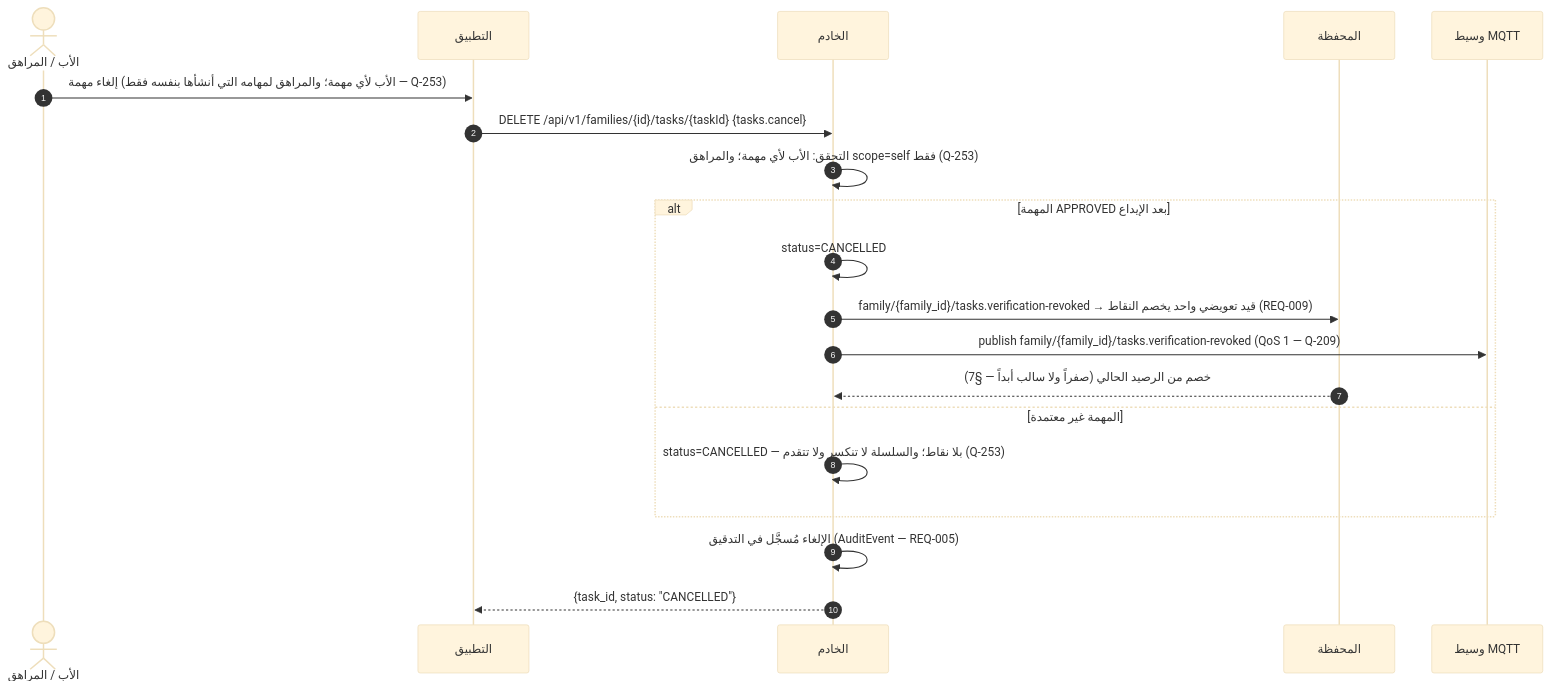
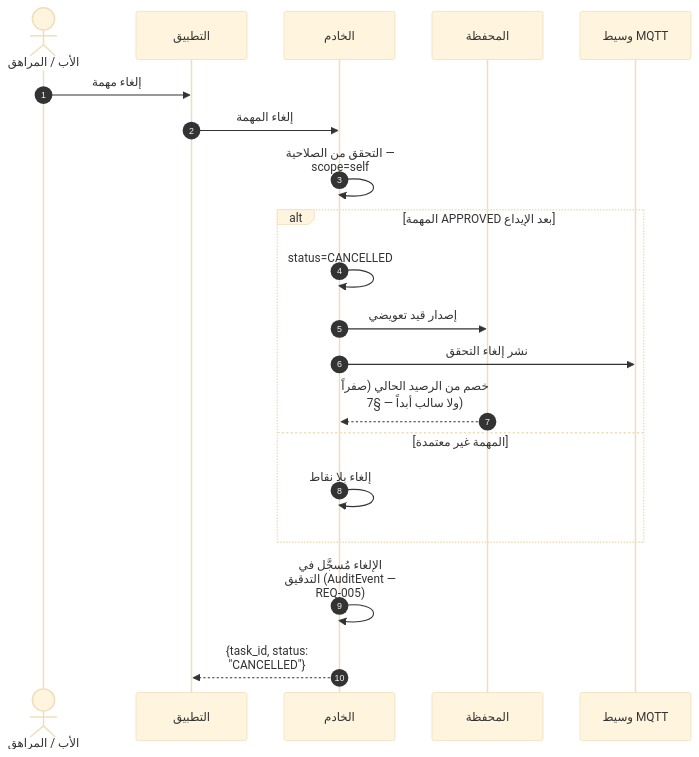
Before and after one commit to Bassam-mohammed-alqaeadi/family-os-v2: diagram 16 of 30 in docs/family-os/governance/phases/phase-1/S1-06-tasks-and-calendar/DIAGRAMS.md, drawn with Mermaid (base theme). The commit also changed other lines of this file, not shown here.

````diff
--- a/docs/family-os/governance/phases/phase-1/S1-06-tasks-and-calendar/DIAGRAMS.md
+++ b/docs/family-os/governance/phases/phase-1/S1-06-tasks-and-calendar/DIAGRAMS.md
@@ -496,22 +593,23 @@
 ```mermaid
+%%{init: {"sequence": {"wrap": true}}}%%
 sequenceDiagram
     autonumber
     actor Canceller as الأب / المراهق
     participant App as التطبيق
     participant Ktor as الخادم
     participant S105 as المحفظة
     participant MQTT as وسيط MQTT
-    Canceller->>App: إلغاء مهمة (الأب لأي مهمة؛ والمراهق لمهامه التي أنشأها بنفسه فقط — Q-253)
-    App->>Ktor: DELETE /api/v1/families/{id}/tasks/{taskId} {tasks.cancel}
-    Ktor->>Ktor: التحقق: الأب لأي مهمة؛ والمراهق scope=self فقط (Q-253)
+    Canceller->>App: إلغاء مهمة
+    App->>Ktor: إلغاء المهمة
+    Ktor->>Ktor: التحقق من الصلاحية — scope=self
     alt المهمة APPROVED بعد الإيداع
         Ktor->>Ktor: status=CANCELLED
-        Ktor->>S105: family/{family_id}/tasks.verification-revoked → قيد تعويضي واحد يخصم النقاط (REQ-009)
-        Ktor->>MQTT: publish family/{family_id}/tasks.verification-revoked (QoS 1 — Q-209)
+        Ktor->>S105: إصدار قيد تعويضي
+        Ktor->>MQTT: نشر إلغاء التحقق
         S105-->>Ktor: خصم من الرصيد الحالي (صفراً ولا سالب أبداً — §7)
     else المهمة غير معتمدة
-        Ktor->>Ktor: status=CANCELLED — بلا نقاط؛ والسلسلة لا تنكسر ولا تتقدم (Q-253)
+        Ktor->>Ktor: إلغاء بلا نقاط
     end
     Ktor->>Ktor: الإلغاء مُسجَّل في التدقيق (AuditEvent — REQ-005)
     Ktor-->>App: {task_id, status: "CANCELLED"}
 ```
````
